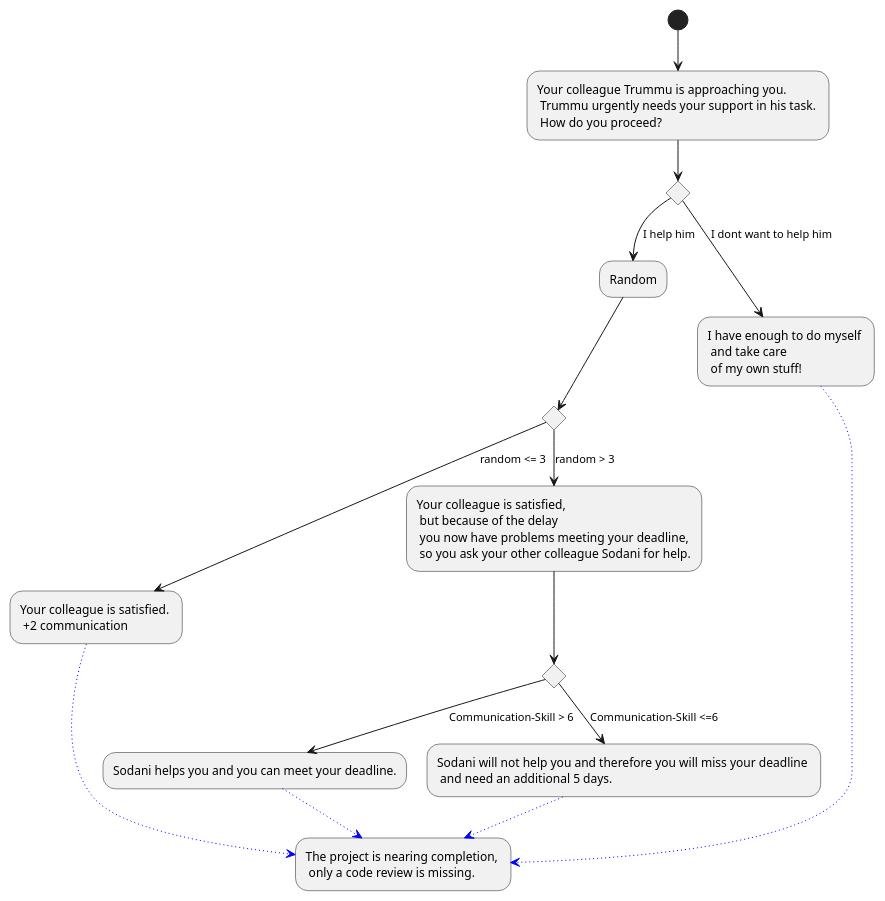
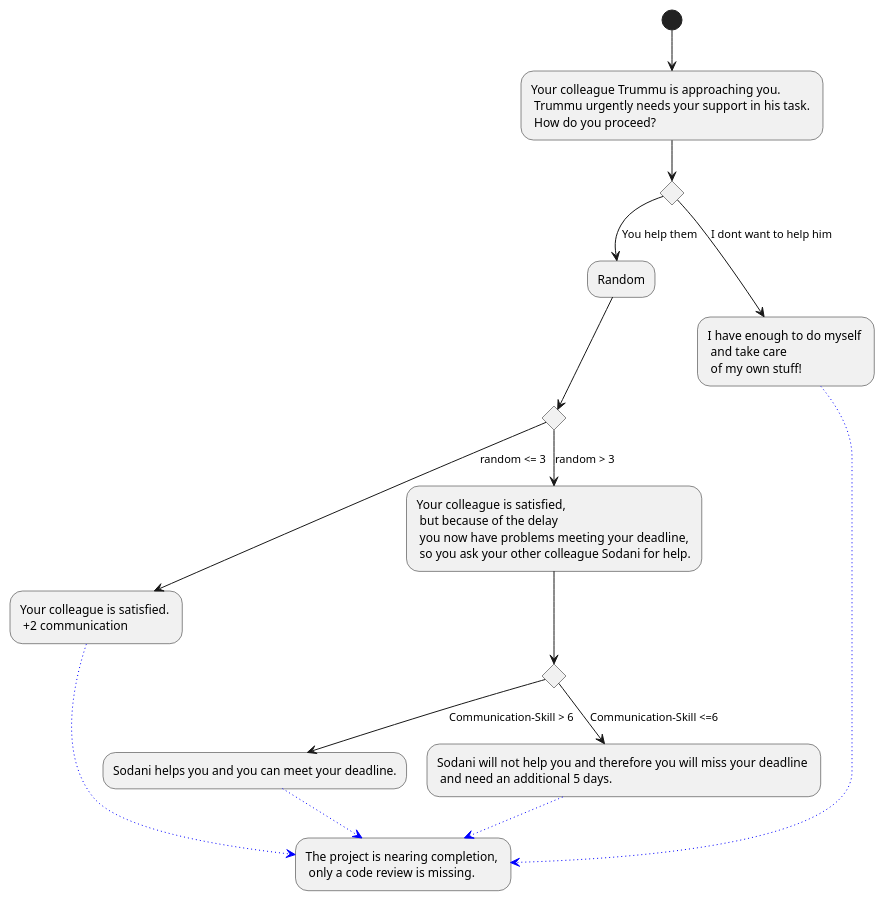
One commit to Brotenko/QualityQuest changed the diagram in Docs/Technical Specifications/docs/diagrams/StoryFlow/StoryFlow_Decision_13.puml. Above: the diagram before and after it, drawn with PlantUML.

Commit message:
Update Docs/Technical Specifications/docs/diagrams/StoryFlow/StoryFlow_Decision_13.puml

```diff
--- a/Docs/Technical Specifications/docs/diagrams/StoryFlow/StoryFlow_Decision_13.puml
+++ b/Docs/Technical Specifications/docs/diagrams/StoryFlow/StoryFlow_Decision_13.puml
@@ -1,22 +1,22 @@
 @startuml
 (*) --> "Your colleague Trummu is approaching you.\n Trummu urgently needs your support in his task. \n How do you proceed?"
 if "" then 
---> [I help him] "Random"
+--> [You help them] "Random"
 if "" then
 --> [random <= 3] "Your colleague is satisfied. \n +2 communication" as a
 else
 --> [random > 3] "Your colleague is satisfied, \n but because of the delay \n you now have problems meeting your deadline, \n so you ask your other colleague Sodani for help." as b
 if "" then 
 --> [Communication-Skill > 6] "Sodani helps you and you can meet your deadline." as c
 else
 --> [Communication-Skill <=6] "Sodani will not help you and therefore you will miss your deadline \n and need an additional 5 days."
 -[#blue,dotted]-> "The project is nearing completion, \n only a code review is missing." as ende
 endif
 endif
 else
 --> [I dont want to help him] "I have enough to do myself \n and take care \n of my own stuff!" as assi
 endif
 a -[#blue,dotted]-> ende
 c -[#blue,dotted]-> ende
 assi -[#blue,dotted]-> ende
 @enduml
```
